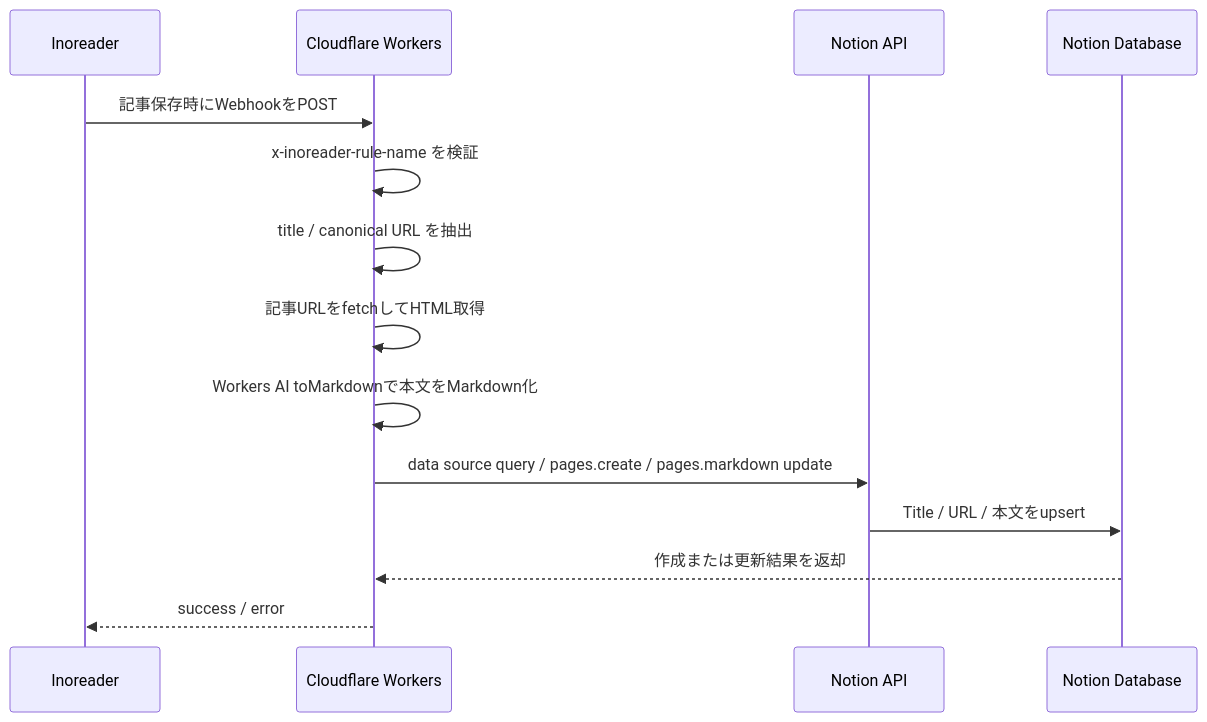
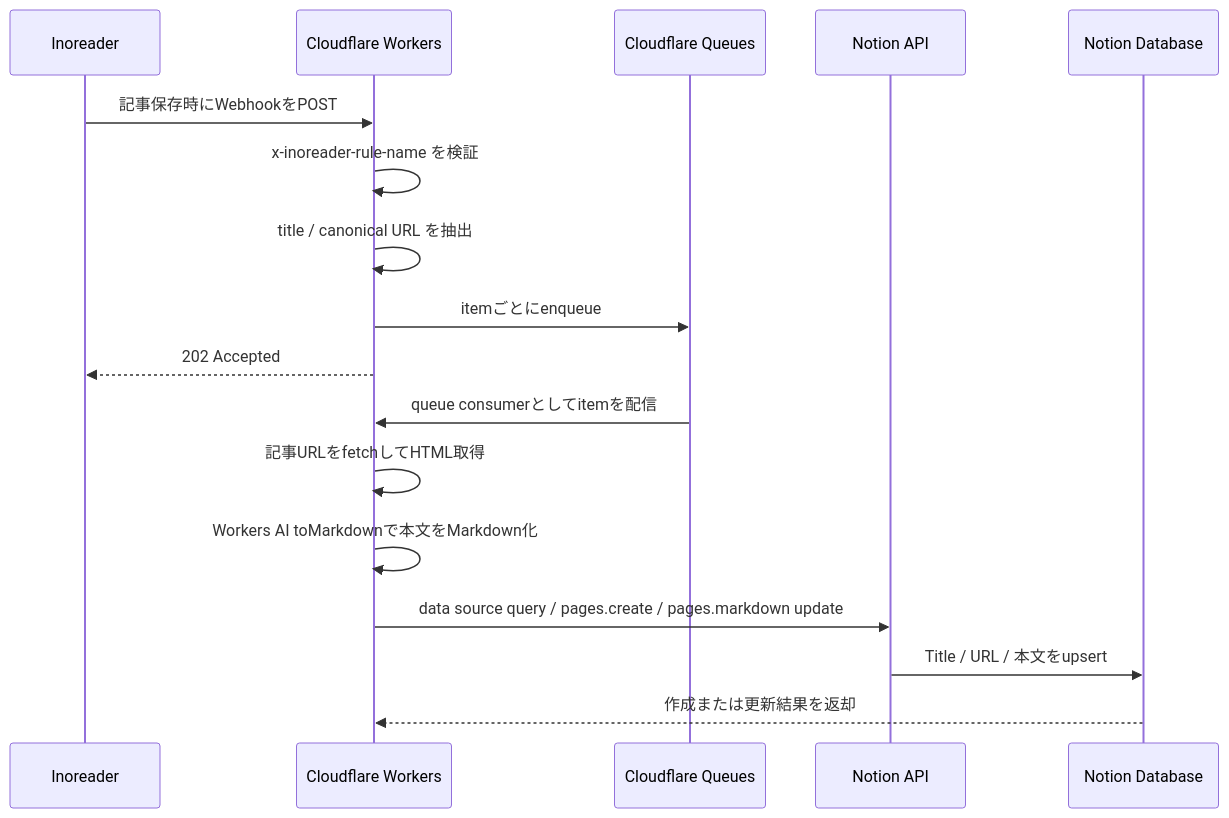
The diagram in README.md (shiomiyan/inoreader-notion-bridge), drawn with Mermaid before and after one commit. The commit also changed 4 other files, not shown here.

````diff
--- a/README.md
+++ b/README.md
@@ -7,17 +7,20 @@
 ```mermaid
 sequenceDiagram
     participant Inoreader
     participant Worker as Cloudflare Workers
+    participant Queue as Cloudflare Queues
     participant NotionAPI as Notion API
     participant Database as Notion Database
 
     Inoreader->>Worker: 記事保存時にWebhookをPOST
     Worker->>Worker: x-inoreader-rule-name を検証
     Worker->>Worker: title / canonical URL を抽出
+    Worker->>Queue: itemごとにenqueue
+    Worker-->>Inoreader: 202 Accepted
+    Queue->>Worker: queue consumerとしてitemを配信
     Worker->>Worker: 記事URLをfetchしてHTML取得
     Worker->>Worker: Workers AI toMarkdownで本文をMarkdown化
     Worker->>NotionAPI: data source query / pages.create / pages.markdown update
     NotionAPI->>Database: Title / URL / 本文をupsert
     Database-->>Worker: 作成または更新結果を返却
-    Worker-->>Inoreader: success / error
 ```
````
